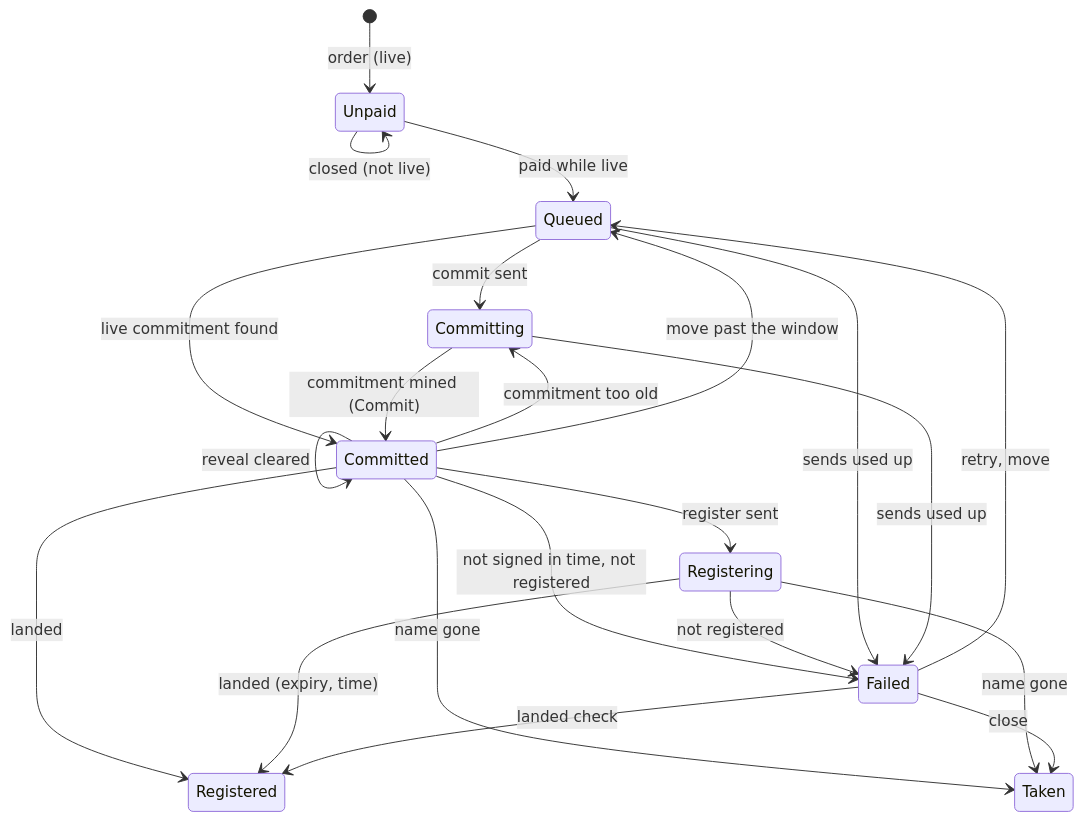
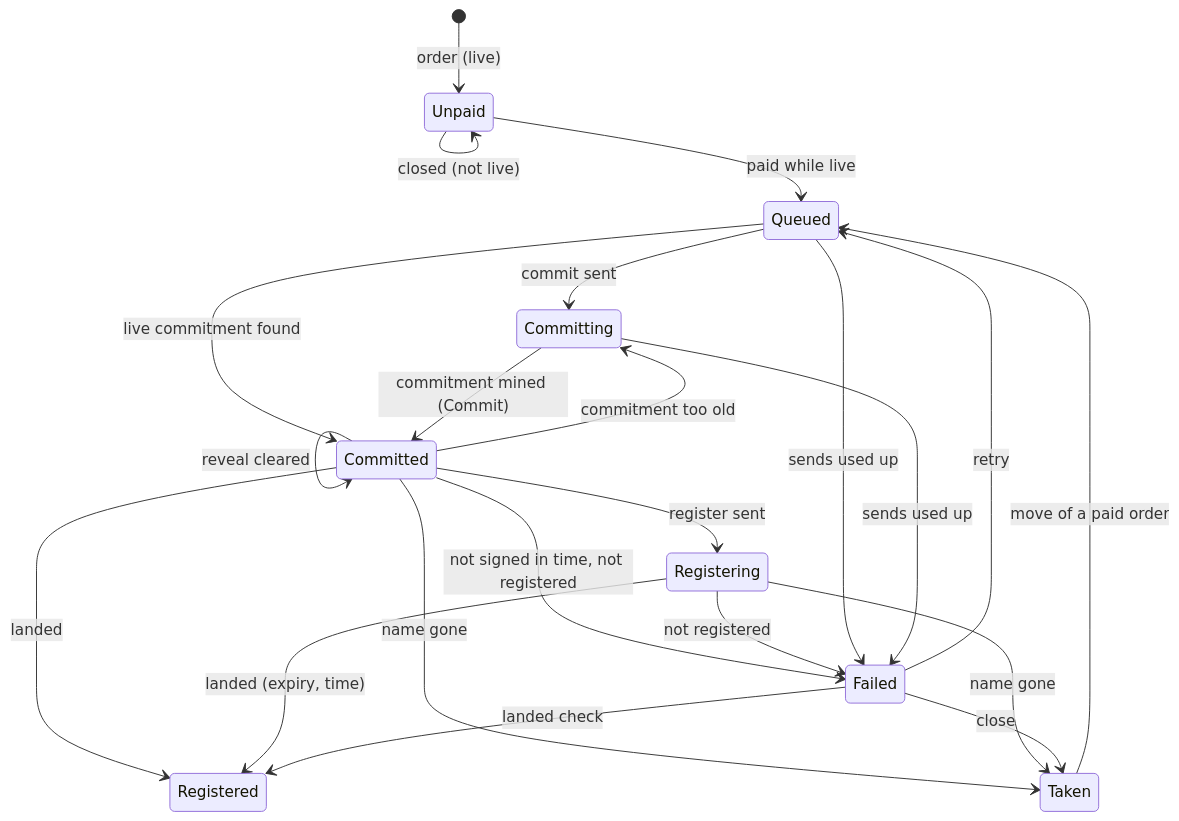
Before and after one commit to simplex-chat/simplex-chat: the second of 2 diagrams in plans/2026-11-16-names-review-fixes.md, drawn with Mermaid. The commit also changed other lines of this file and 11 other files, not shown here.

Commit message:
names: a paid taken order moves within its month, at its exact price

````diff
--- a/plans/2026-11-16-names-review-fixes.md
+++ b/plans/2026-11-16-names-review-fixes.md
@@ -65,24 +65,24 @@
 ```mermaid
 stateDiagram-v2
   [*] --> Unpaid: order (live)
   Unpaid --> Unpaid: closed (not live)
   Unpaid --> Queued: paid while live
   Queued --> Committing: commit sent
   Queued --> Committed: live commitment found
   Committing --> Committed: commitment mined (Commit)
   Committed --> Committed: reveal cleared
   Committed --> Registering: register sent
   Committed --> Committing: commitment too old
   Committed --> Registered: landed
   Committed --> Taken: name gone
   Committed --> Failed: not signed in time, not registered
   Registering --> Registered: landed (expiry, time)
   Registering --> Taken: name gone
   Registering --> Failed: not registered
   Queued --> Failed: sends used up
   Committing --> Failed: sends used up
-  Failed --> Queued: retry, move
-  Committed --> Queued: move past the window
+  Failed --> Queued: retry
+  Taken --> Queued: move of a paid order
   Failed --> Registered: landed check
   Failed --> Taken: close
 ```
````
